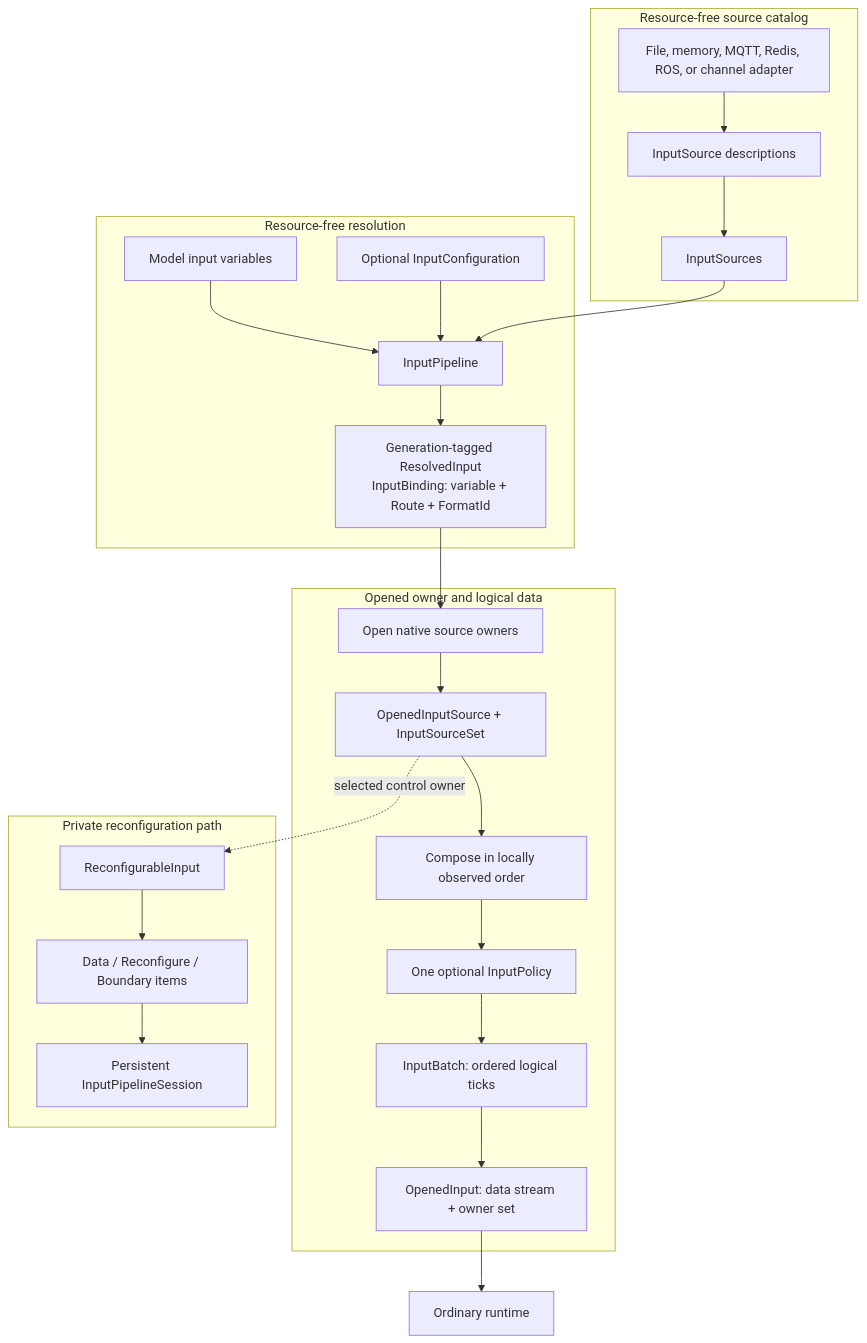
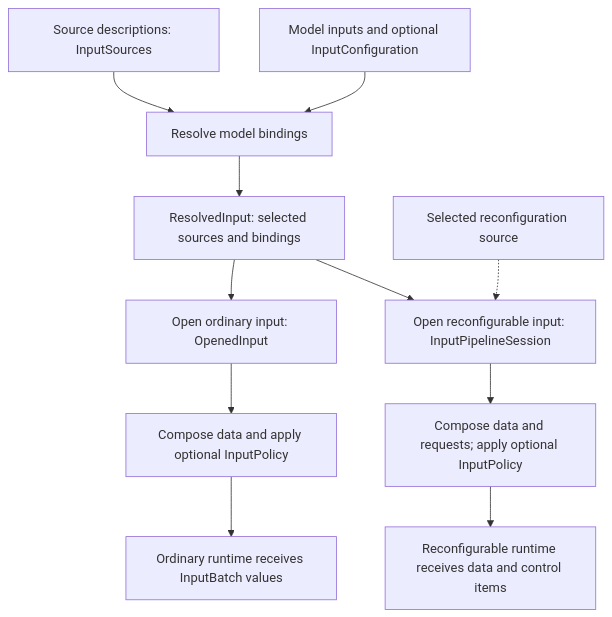
The diagram in docs/src/assets/input-architecture.mmd (INTO-CPS-Association/robosapiens-trustworthiness-checker), drawn with Mermaid before and after one commit. The commit also changed 17 other files, not shown here.

```diff
--- a/docs/src/assets/input-architecture.mmd
+++ b/docs/src/assets/input-architecture.mmd
@@ -1,41 +1,14 @@
 flowchart TB
-    accTitle: Input source ownership and policy boundary
-    accDescr: Reusable InputSource descriptions are held by InputSources. InputPipeline resolves model variables and request bindings into a generation-tagged ResolvedInput before source-specific owners are opened. Opened source owners are composed into logical InputBatch values, optionally transformed by one InputPolicy, and delivered through an OpenedInput owner. ReconfigurableInput adds a private data and control stream for runtime sessions.
+    accTitle: Input descriptions, opened owners, and runtime delivery
+    accDescr: InputPipeline combines reusable source descriptions with an optional input policy. It resolves model bindings without opening resources. Ordinary opening returns an OpenedInput that composes source data and applies the policy. Reconfigurable opening retains owners in an InputPipelineSession and delivers observations, requests, and lifecycle markers to a reconfigurable runtime.
 
-    subgraph Catalog[Resource-free source catalog]
-        sources["InputSources"]
-        description["InputSource descriptions"]
-        native["File, memory, MQTT, Redis, ROS, or channel adapter"]
-        native --> description --> sources
-    end
-
-    subgraph Plan[Resource-free resolution]
-        model["Model input variables"]
-        config["Optional InputConfiguration"]
-        pipeline["InputPipeline"]
-        resolved["Generation-tagged ResolvedInput<br/>InputBinding: variable + Route + FormatId"]
-        model --> pipeline
-        config --> pipeline
-        sources --> pipeline
-        pipeline --> resolved
-    end
-
-    subgraph Open[Opened owner and logical data]
-        open["Open native source owners"]
-        owner["OpenedInputSource + InputSourceSet"]
-        compose["Compose in locally observed order"]
-        policy["One optional InputPolicy"]
-        batches["InputBatch: ordered logical ticks"]
-        opened["OpenedInput: data stream + owner set"]
-        resolved --> open --> owner --> compose --> policy --> batches --> opened
-    end
-
-    subgraph Control[Private reconfiguration path]
-        control["ReconfigurableInput"]
-        items["Data / Reconfigure / Boundary items"]
-        session["Persistent InputPipelineSession"]
-        control --> items --> session
-    end
-
-    opened --> runtime["Ordinary runtime"]
-    owner -. "selected control owner" .-> control
+    sources["Source descriptions: InputSources"] --> resolve["Resolve model bindings"]
+    model["Model inputs and optional InputConfiguration"] --> resolve
+    resolve --> plan["ResolvedInput: selected sources and bindings"]
+    plan --> ordinary["Open ordinary input: OpenedInput"]
+    plan --> session["Open reconfigurable input: InputPipelineSession"]
+    control["Selected reconfiguration source"] -.-> session
+    ordinary --> data["Compose data and apply optional InputPolicy"]
+    session --> items["Compose data and requests; apply optional InputPolicy"]
+    data --> runtime["Ordinary runtime receives InputBatch values"]
+    items --> reconf["Reconfigurable runtime receives data and control items"]
```
